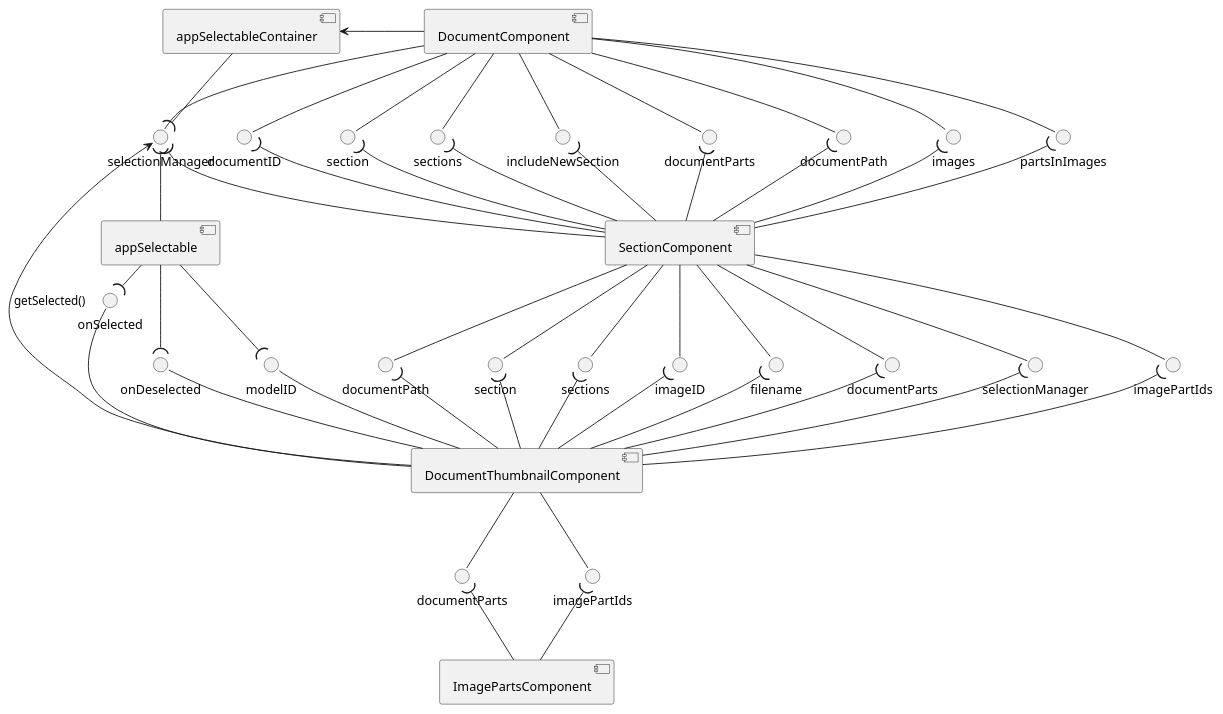
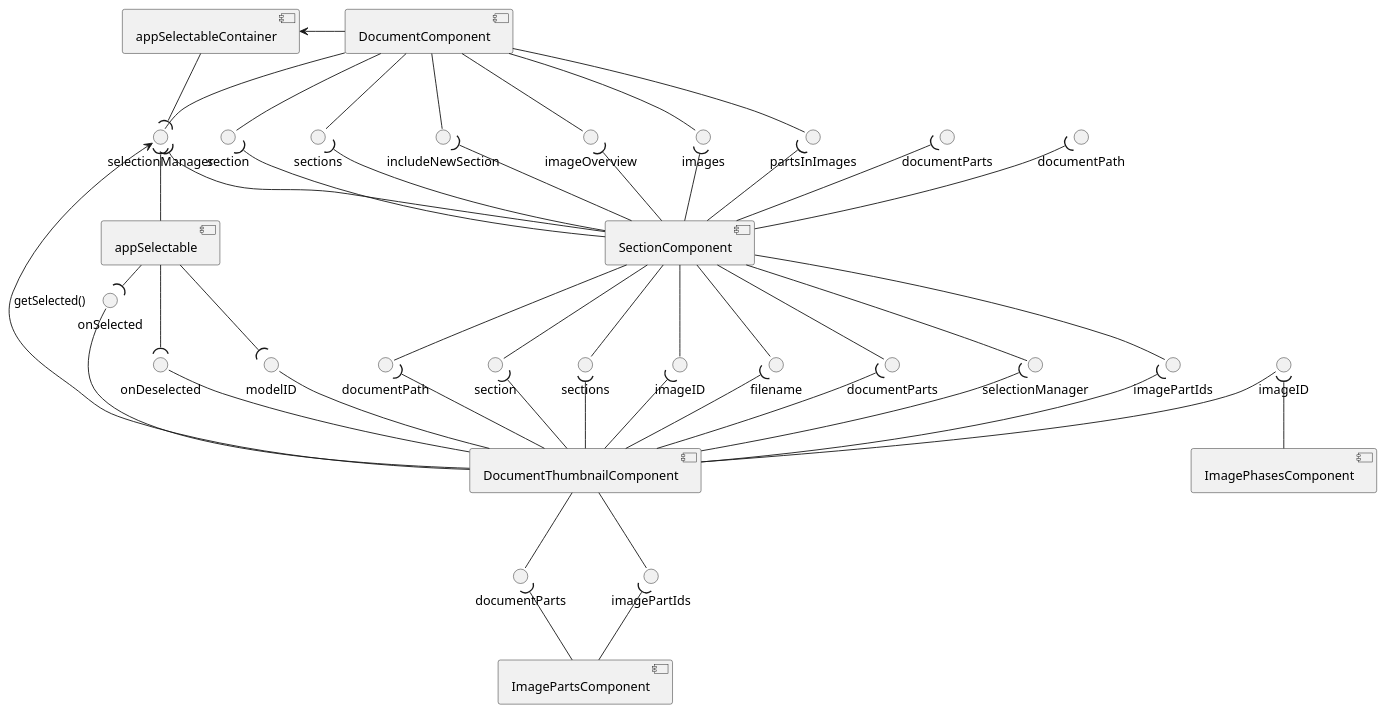
Diagram 15 of 17 in documentation/puml/angular.puml (HISPAMUS/muret), drawn with PlantUML before and after one commit. The commit also changed 5 other files, not shown here.

```diff
--- a/documentation/puml/angular.puml
+++ b/documentation/puml/angular.puml
@@ -492,78 +492,81 @@
 @startuml document_component
-[DocumentComponent] -- documentID
 [DocumentComponent] -- section
 [DocumentComponent] -- sections
 [DocumentComponent] -- includeNewSection
-[DocumentComponent] -- documentParts
-[DocumentComponent] -- documentPath
+[DocumentComponent] -- imageOverview
 [DocumentComponent] -- images
 [DocumentComponent] -- selectionManager
 [DocumentComponent] -- partsInImages
 
-documentID )-- [SectionComponent]
+imageOverview )-- [SectionComponent]
 section )-- [SectionComponent]
 sections )-- [SectionComponent]
 includeNewSection )-- [SectionComponent]
 documentParts )-- [SectionComponent]
 documentPath )-- [SectionComponent]
 images )-- [SectionComponent]
 selectionManager )-- [SectionComponent]
 partsInImages )-- [SectionComponent]
 
 
 () "documentPath" as SectionComponent.documentPath
 () "section" as SectionComponent.section
 () "sections" as SectionComponent.sections
 () "imageID" as SectionComponent.imageID
 () "filename" as SectionComponent.filename
 () "documentParts" as SectionComponent.documentParts
 () "selectionManager" as SectionComponent.selectionManager
 () "imagePartIds" as SectionComponent.imagePartIds
 
 [SectionComponent] -- SectionComponent.selectionManager
 [SectionComponent] -- SectionComponent.documentPath
 [SectionComponent] -- SectionComponent.section
 [SectionComponent] -- SectionComponent.sections
 [SectionComponent] -- SectionComponent.imageID
 [SectionComponent] -- SectionComponent.filename
 [SectionComponent] -- SectionComponent.documentParts
 [SectionComponent] -- SectionComponent.imagePartIds
 
 SectionComponent.selectionManager )-- [DocumentThumbnailComponent]
 SectionComponent.documentPath )-- [DocumentThumbnailComponent]
 SectionComponent.section )-- [DocumentThumbnailComponent]
 SectionComponent.sections )-- [DocumentThumbnailComponent]
 SectionComponent.imageID )-- [DocumentThumbnailComponent]
 SectionComponent.filename )-- [DocumentThumbnailComponent]
 SectionComponent.documentParts )-- [DocumentThumbnailComponent]
 SectionComponent.imagePartIds )-- [DocumentThumbnailComponent]
 
 () "documentParts" as DocumentThumbnailComponent.documentParts
 () "imagePartIds" as DocumentThumbnailComponent.imagePartIds
 [DocumentThumbnailComponent] -- DocumentThumbnailComponent.documentParts
 [DocumentThumbnailComponent] -- DocumentThumbnailComponent.imagePartIds
 
 DocumentThumbnailComponent.documentParts )-- [ImagePartsComponent]
 DocumentThumbnailComponent.imagePartIds )-- [ImagePartsComponent]
 
+() "imageID" as DocumentThumbnailComponent.imageID
+ DocumentThumbnailComponent.imageID -- [DocumentThumbnailComponent]
+
+DocumentThumbnailComponent.imageID )-- [ImagePhasesComponent]
+
 [appSelectableContainer] --( selectionManager
 selectionManager )-- [appSelectable]
 
 [appSelectableContainer] <- [DocumentComponent]
 selectionManager <- [DocumentThumbnailComponent]: getSelected()
 
 () "onSelected" as DocumentThumbnailComponent.onSelected
 () "onDeselected" as DocumentThumbnailComponent.onDeselected
 () "modelID" as DocumentThumbnailComponent.modelID
 
 DocumentThumbnailComponent.onSelected -- [DocumentThumbnailComponent]
 DocumentThumbnailComponent.onDeselected -- [DocumentThumbnailComponent]
 DocumentThumbnailComponent.modelID -- [DocumentThumbnailComponent]
 
 [appSelectable] -( DocumentThumbnailComponent.onSelected
 [appSelectable] --( DocumentThumbnailComponent.onDeselected
 [appSelectable] --( DocumentThumbnailComponent.modelID
 
 
 
 @enduml
```
